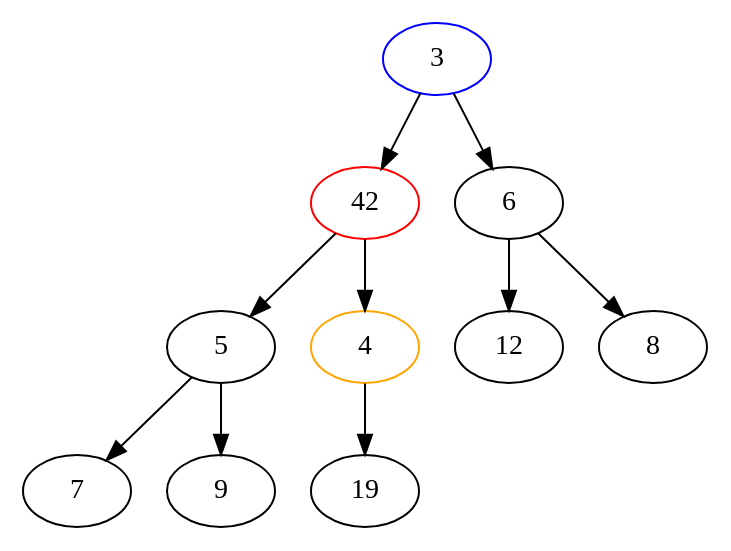
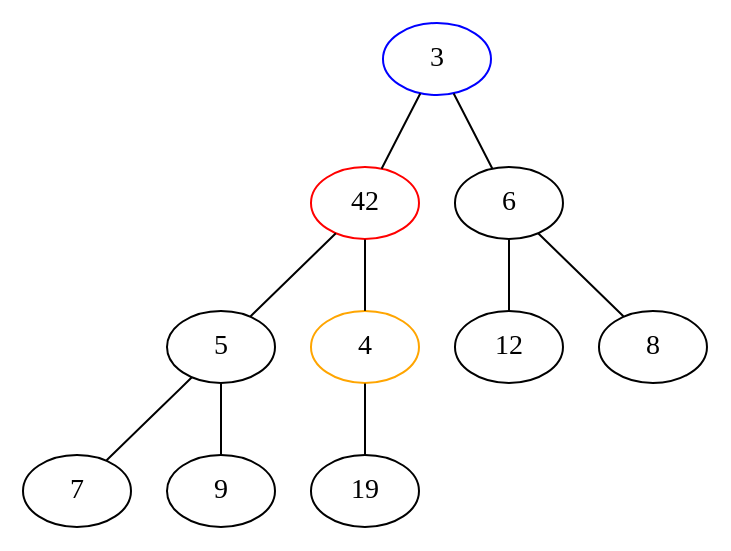
Before and after one commit to azolus/dstructOn: the diagram in heap/assets/heap_extract_4.dot, drawn with Graphviz. The commit also changed 20 other files, not shown here.

Commit message:
docs: change graph edges from arrows to lines

```diff
--- a/heap/assets/heap_extract_4.dot
+++ b/heap/assets/heap_extract_4.dot
@@ -1,15 +1,15 @@
-strict digraph G {
+strict graph G {
 	ordering="out"
 	"42" [color=red];
 	"4" [color=orange];
 	"3" [color=blue];
-	3 -> 42;
-	3 -> 6;
-	42 -> 5;
-	42 -> 4;
-	6 -> 12;
-	6 -> 8;
-	5 -> 7;
-	5 -> 9;
-	4 -> 19;
+	3 -- 42;
+	3 -- 6;
+	42 -- 5;
+	42 -- 4;
+	6 -- 12;
+	6 -- 8;
+	5 -- 7;
+	5 -- 9;
+	4 -- 19;
 }
```
